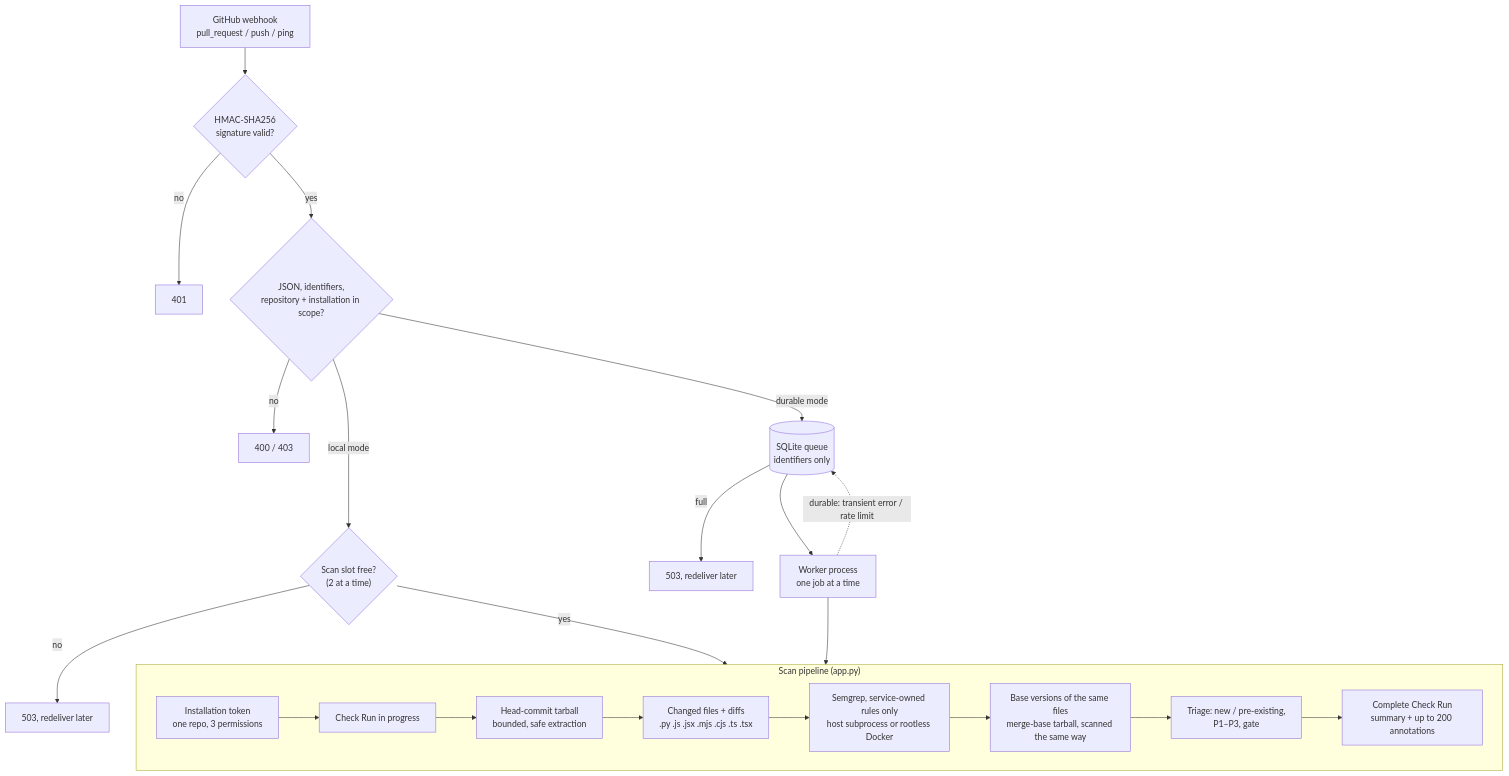
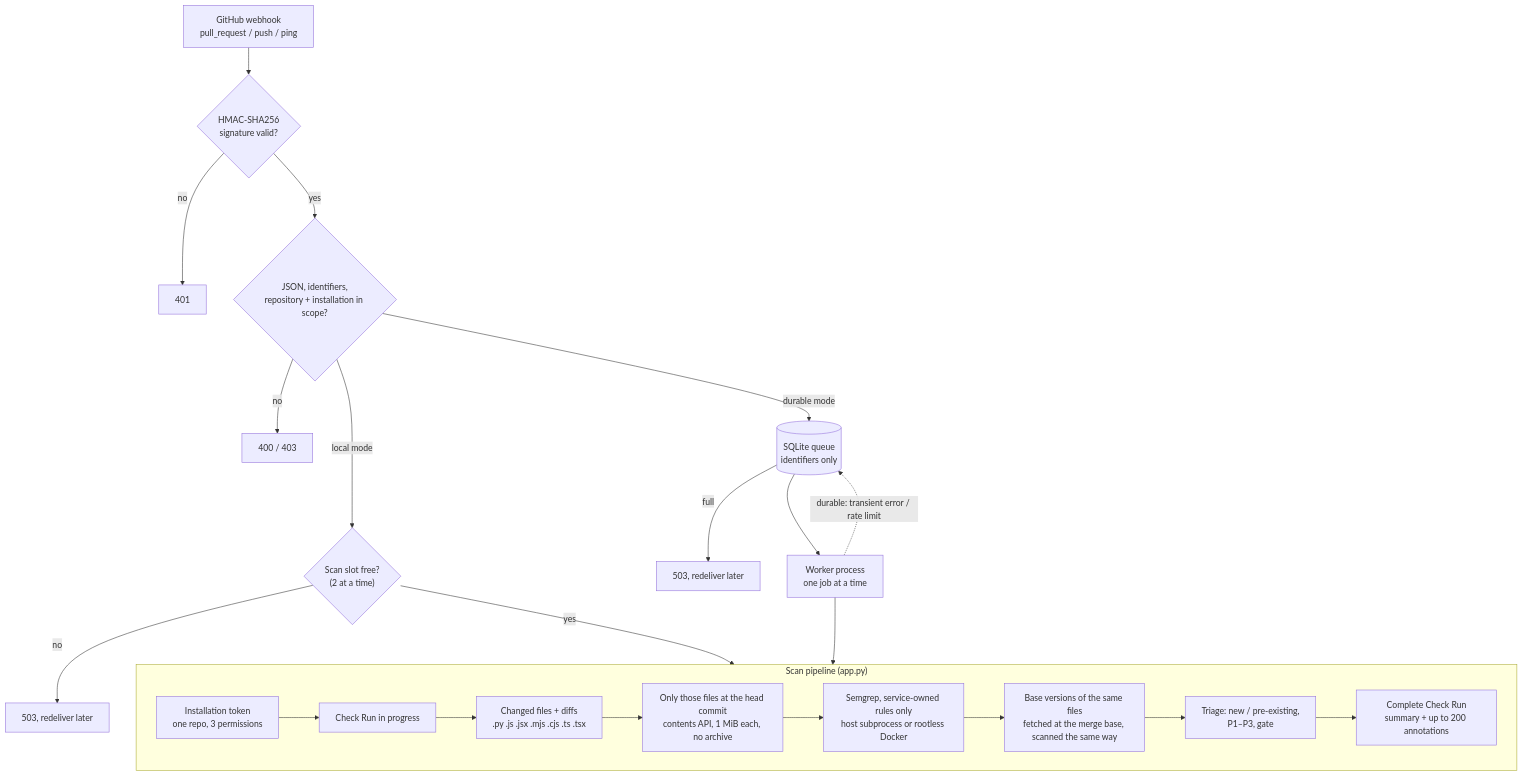
One commit to lansiquo/sast-triage changed the diagram in ARCHITECTURE.md. Above: the diagram before and after it, drawn with Mermaid. The commit also changed other lines of this file and 12 other files, not shown here.

First line of the commit message:
GitHub App: fetch only the changed files instead of the repository archive

````diff
--- a/ARCHITECTURE.md
+++ b/ARCHITECTURE.md
@@ -5,24 +5,24 @@
 ```mermaid
 flowchart TD
     GH["GitHub webhook<br/>pull_request / push / ping"] --> SIG{"HMAC-SHA256<br/>signature valid?"}
     SIG -- no --> R401["401"]
     SIG -- yes --> VAL{"JSON, identifiers,<br/>repository + installation in scope?"}
     VAL -- no --> R4xx["400 / 403"]
     VAL -- "local mode" --> SLOT{"Scan slot free?<br/>(2 at a time)"}
     SLOT -- no --> R503a["503, redeliver later"]
     SLOT -- yes --> SCAN
     VAL -- "durable mode" --> Q[("SQLite queue<br/>identifiers only")]
     Q -- full --> R503b["503, redeliver later"]
     Q --> W["Worker process<br/>one job at a time"]
     W --> SCAN
     subgraph SCAN["Scan pipeline (app.py)"]
         TOK["Installation token<br/>one repo, 3 permissions"] --> CHK["Check Run in progress"]
-        CHK --> TAR["Head-commit tarball<br/>bounded, safe extraction"]
-        TAR --> FILES["Changed files + diffs<br/>.py .js .jsx .mjs .cjs .ts .tsx"]
-        FILES --> SG["Semgrep, service-owned rules only<br/>host subprocess or rootless Docker"]
-        SG --> BASE["Base versions of the same files<br/>merge-base tarball, scanned the same way"]
+        CHK --> FILES["Changed files + diffs<br/>.py .js .jsx .mjs .cjs .ts .tsx"]
+        FILES --> FETCH["Only those files at the head commit<br/>contents API, 1 MiB each, no archive"]
+        FETCH --> SG["Semgrep, service-owned rules only<br/>host subprocess or rootless Docker"]
+        SG --> BASE["Base versions of the same files<br/>fetched at the merge base, scanned the same way"]
         BASE --> TRI["Triage: new / pre-existing,<br/>P1–P3, gate"]
         TRI --> ANN["Complete Check Run<br/>summary + up to 200 annotations"]
     end
     W -. "durable: transient error / rate limit" .-> Q
 ```
````
